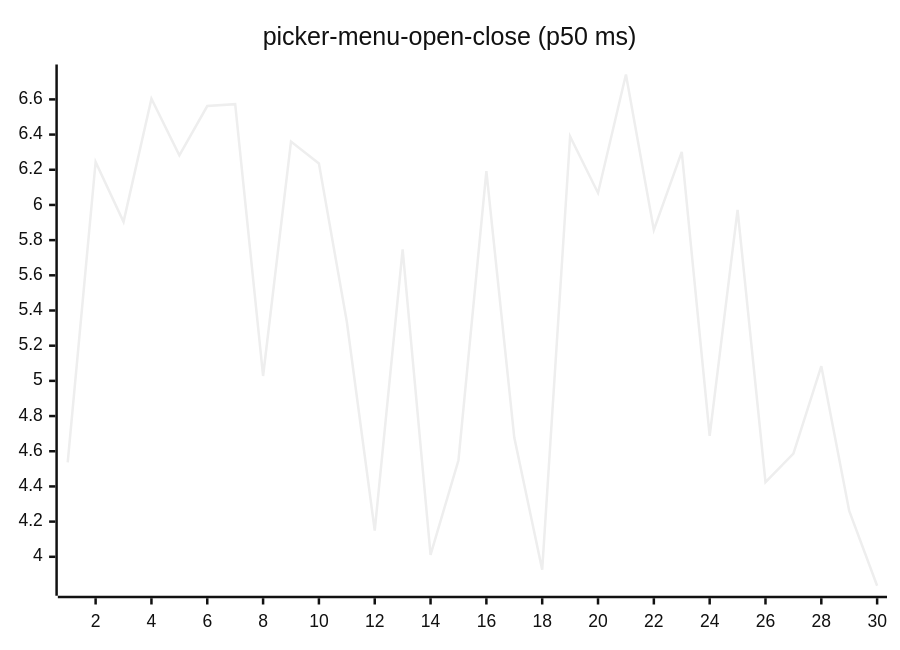
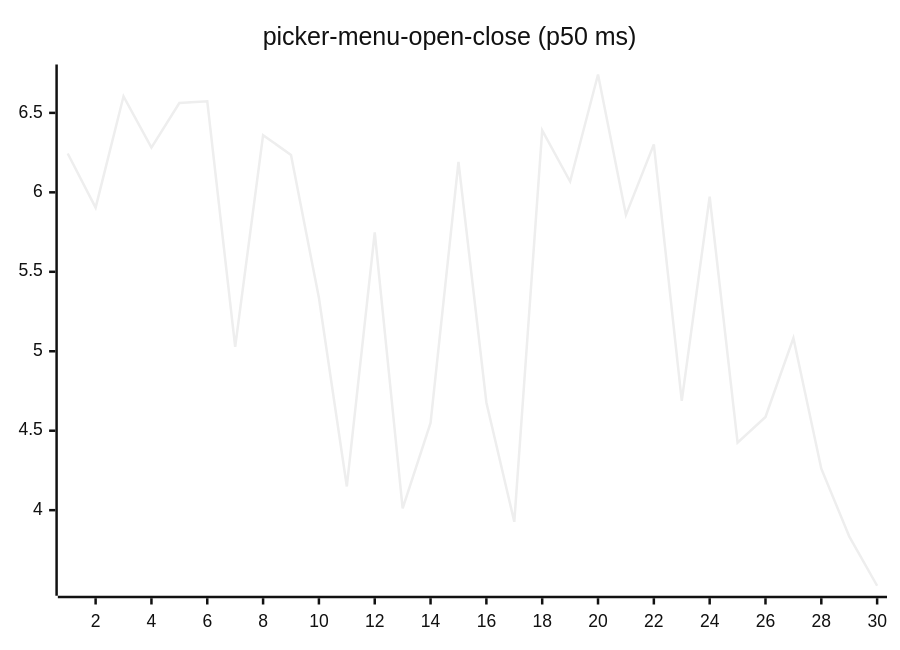
Diagram 16 of 27 in README.md (josha/Facet), drawn with Mermaid (neutral theme) before and after one commit. The commit also changed other lines of this file and 2 other files, not shown here.

````diff
--- a/README.md
+++ b/README.md
@@ -168,6 +168,6 @@
 ```mermaid
 xychart-beta
     title "picker-menu-open-close (p50 ms)"
     x-axis 1 --> 30
-    line [4.5372, 6.2442, 5.9038, 6.6044, 6.2815, 6.5623, 6.5728, 5.0278, 6.3599, 6.2355, 5.3362, 4.1492, 5.7473, 4.0112, 4.5489, 6.1919, 4.6774, 3.9267, 6.3897, 6.0683, 6.7415, 5.8582, 6.3016, 4.6878, 5.9725, 4.4246, 4.5868, 5.0832, 4.2609, 3.8354]
+    line [6.2442, 5.9038, 6.6044, 6.2815, 6.5623, 6.5728, 5.0278, 6.3599, 6.2355, 5.3362, 4.1492, 5.7473, 4.0112, 4.5489, 6.1919, 4.6774, 3.9267, 6.3897, 6.0683, 6.7415, 5.8582, 6.3016, 4.6878, 5.9725, 4.4246, 4.5868, 5.0832, 4.2609, 3.8354, 3.5244]
 ```
````
